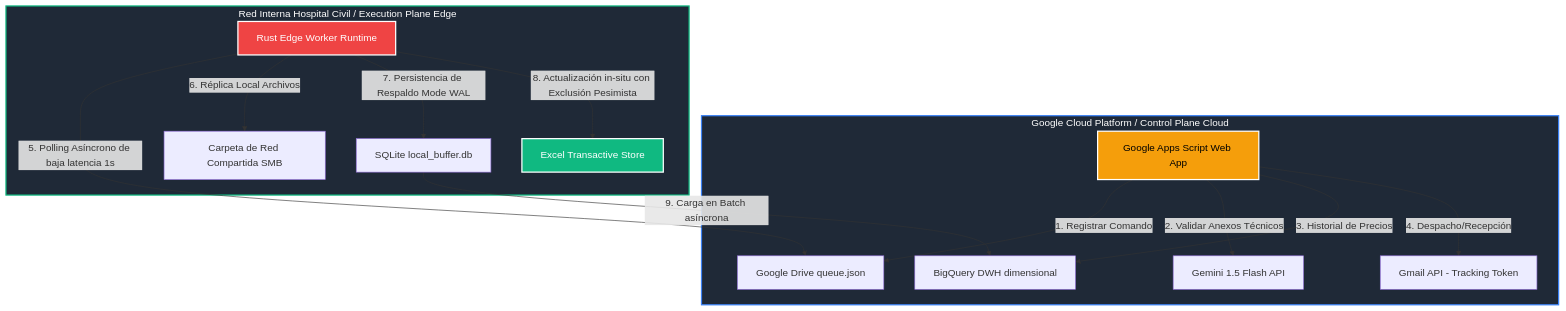
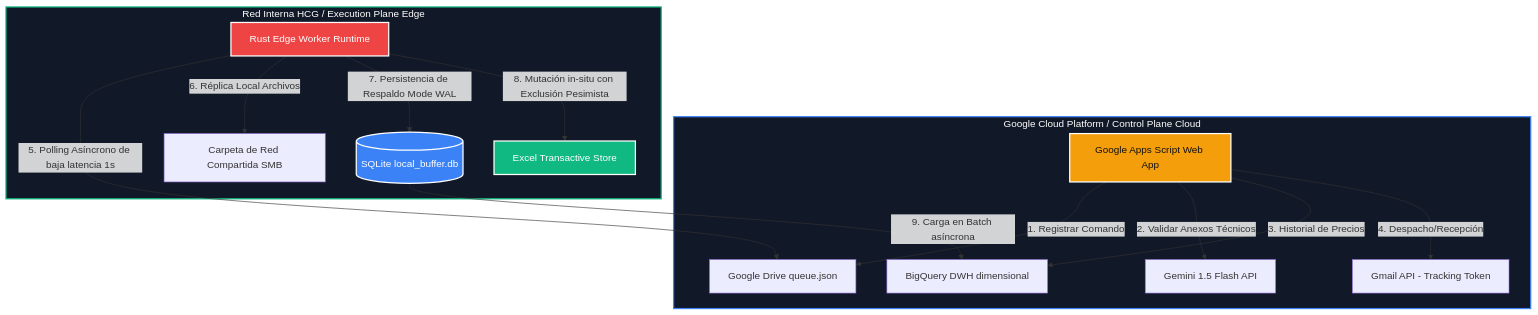
The diagram in README.md (j3susangar1ca/Sistema-DSA), drawn with Mermaid before and after one commit. The commit also changed other lines of this file and 3 other files, not shown here.

````diff
--- a/README.md
+++ b/README.md
@@ -25,23 +48,24 @@
 ```mermaid
 graph TD
-    subgraph google_cloud_platform[Google Cloud Platform / Control Plane Cloud]
+    subgraph cloud [Google Cloud Platform / Control Plane Cloud]
         AS[Google Apps Script Web App] -->|1. Registrar Comando| GD[Google Drive queue.json]
         AS -->|2. Validar Anexos Técnicos| GE[Gemini 1.5 Flash API]
         AS -->|3. Historial de Precios| BQ[BigQuery DWH dimensional]
         AS -->|4. Despacho/Recepción| GM[Gmail API - Tracking Token]
     end
 
-    subgraph local_hospital_network[Red Interna Hospital Civil / Execution Plane Edge]
+    subgraph edge [Red Interna HCG / Execution Plane Edge]
         R[Rust Edge Worker Runtime] -->|5. Polling Asíncrono de baja latencia 1s| GD
         R -->|6. Réplica Local Archivos| SMB[Carpeta de Red Compartida SMB]
-        R -->|7. Persistencia de Respaldo Mode WAL| SQ[SQLite local_buffer.db]
-        R -->|8. Actualización in-situ con Exclusión Pesimista| EX[Excel Transactive Store]
+        R -->|7. Persistencia de Respaldo Mode WAL| SQ[(SQLite local_buffer.db)]
+        R -->|8. Mutación in-situ con Exclusión Pesimista| EX[Excel Transactive Store]
         SQ -->|9. Carga en Batch asíncrona| BQ
     end
 
-    style google_cloud_platform fill:#1f2937,stroke:#3b82f6,stroke-width:2px,color:#fff
-    style local_hospital_network fill:#1f2937,stroke:#10b981,stroke-width:2px,color:#fff
+    style cloud fill:#111827,stroke:#3b82f6,stroke-width:2px,color:#fff
+    style edge fill:#111827,stroke:#10b981,stroke-width:2px,color:#fff
     style R fill:#ef4444,stroke:#fff,stroke-width:2px,color:#fff
-    style AS fill:#f59e0b,stroke:#fff,stroke-width:2px,color:#000
+    style AS fill:#f59e0b,stroke:#fff,stroke-width:2px,color:#111
     style EX fill:#10b981,stroke:#fff,stroke-width:2px,color:#fff
+    style SQ fill:#3b82f6,stroke:#fff,stroke-width:2px,color:#fff
 ```
````
